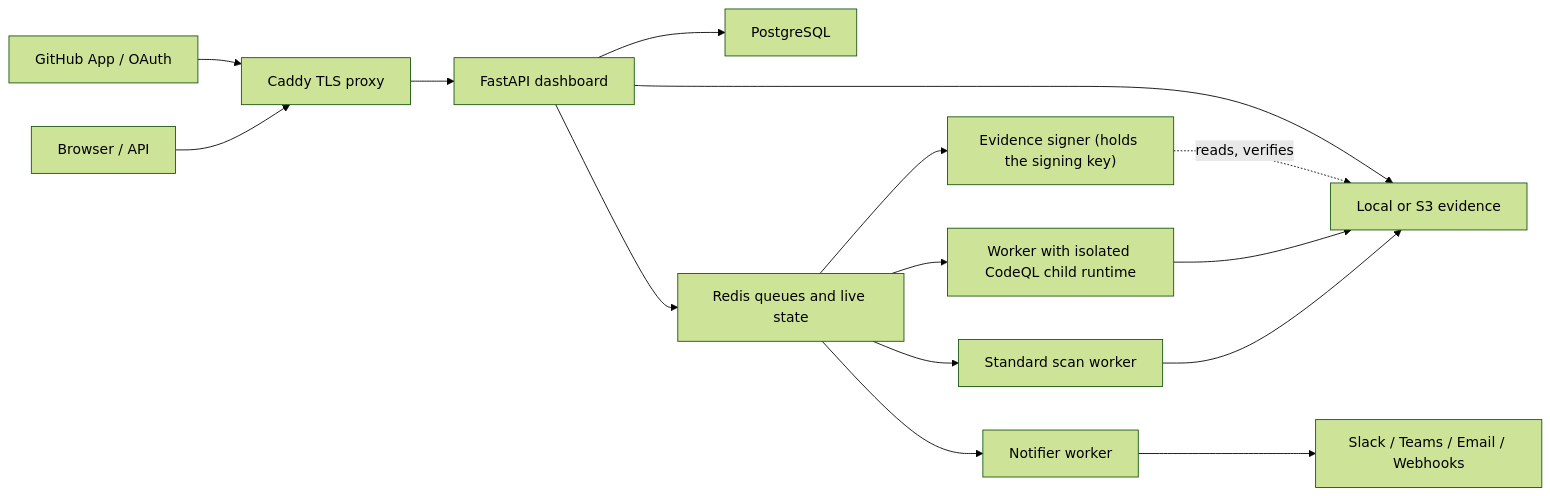
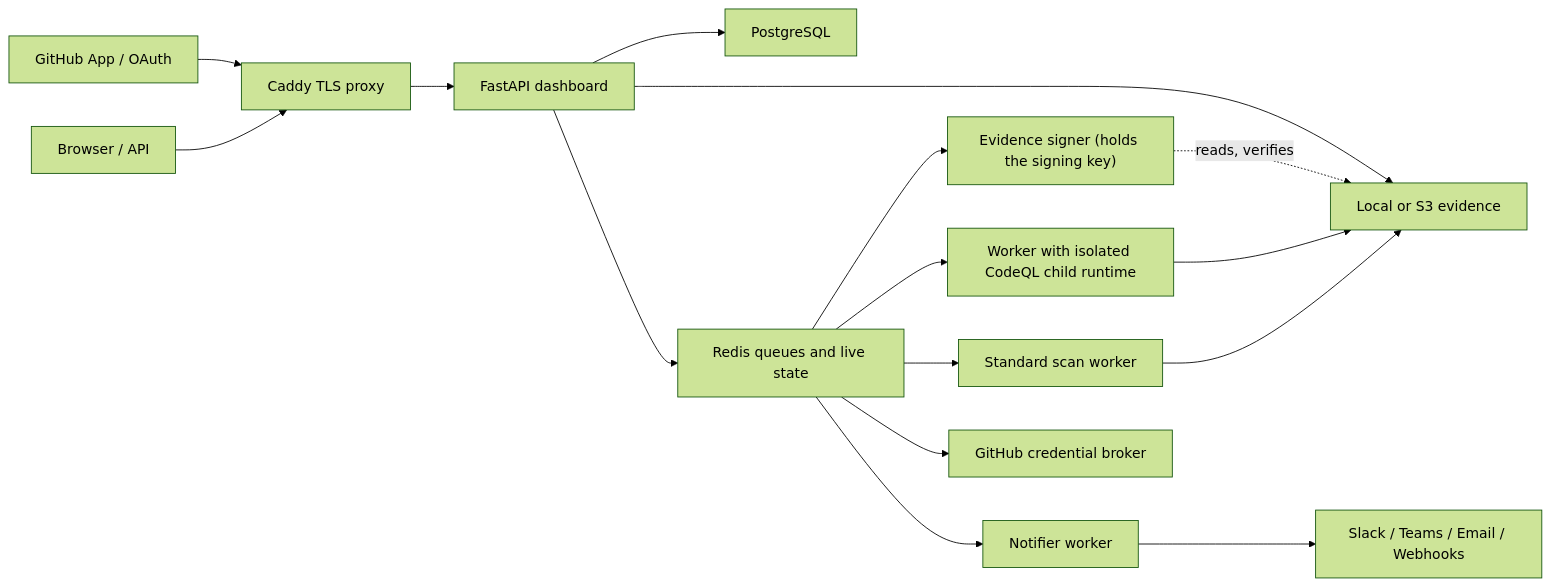
One commit to huslenine999/aegis changed the diagram in README.md. Above: the diagram before and after it, drawn with Mermaid (forest theme). The commit also changed other lines of this file and 6 other files, not shown here.

First line of the commit message:
docs: F06 worker isolation (signer, GitHub broker, DB logins, dumpable)

````diff
--- a/README.md
+++ b/README.md
@@ -390,17 +390,18 @@
 ```mermaid
 flowchart LR
     User["Browser / API"] --> Proxy["Caddy TLS proxy"]
     GitHub["GitHub App / OAuth"] --> Proxy
     Proxy --> API["FastAPI dashboard"]
     API --> DB["PostgreSQL"]
     API --> Redis["Redis queues and live state"]
     Redis --> Worker["Standard scan worker"]
     Redis --> Deep["Worker with isolated CodeQL child runtime"]
     Redis --> Notifier["Notifier worker"]
     Redis --> Signer["Evidence signer (holds the signing key)"]
+    Redis --> Broker["GitHub credential broker"]
     Worker --> Evidence["Local or S3 evidence"]
     Deep --> Evidence
     Signer -. reads, verifies .-> Evidence
     API --> Evidence
     Notifier --> Channels["Slack / Teams / Email / Webhooks"]
 ```
````
